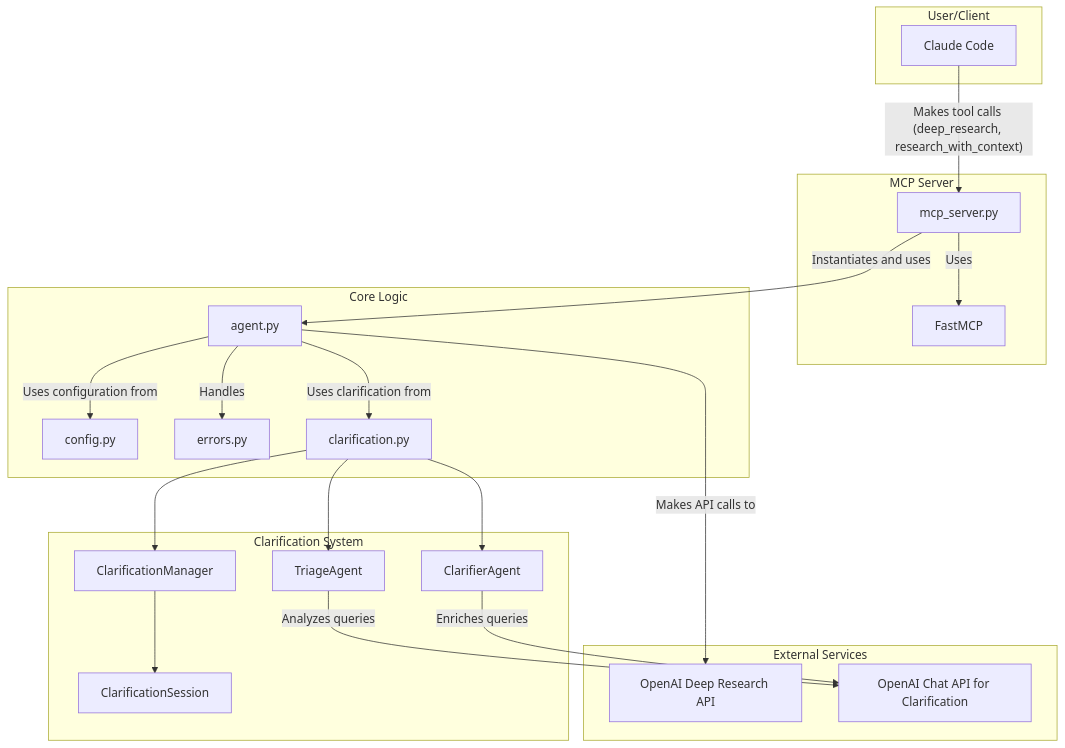
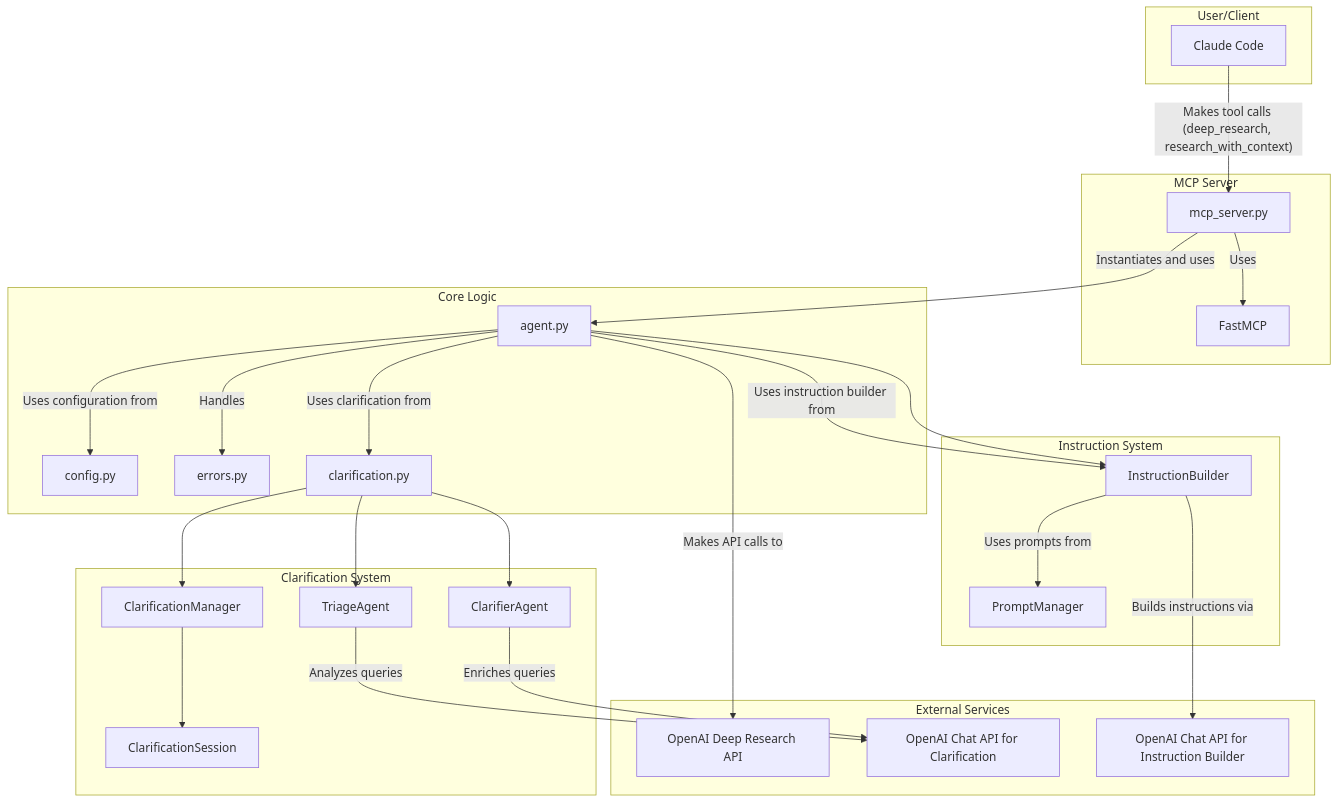
Before and after one commit to pminervini/deep-research-mcp: the diagram in ARCH.md, drawn with Mermaid. The commit also changed other lines of this file and 11 other files, not shown here.

First line of the commit message:
feat: Implement instruction builder for enhanced research queries

````diff
--- a/ARCH.md
+++ b/ARCH.md
@@ -7,45 +7,56 @@
 ```mermaid
 graph TD
     subgraph User/Client
         A[Claude Code]
     end
 
     subgraph MCP Server
         B[mcp_server.py]
         C[FastMCP]
     end
 
     subgraph Core Logic
         D[agent.py]
         E[config.py]
         F[errors.py]
         G[clarification.py]
     end
 
     subgraph Clarification System
         G1[TriageAgent]
         G2[ClarifierAgent]
         G3[ClarificationManager]
         G4[ClarificationSession]
     end
+    
+    subgraph Instruction System
+        J[InstructionBuilder]
+        K[PromptManager]
+    end
 
     subgraph External Services
         H[OpenAI Deep Research API]
         I[OpenAI Chat API for Clarification]
+        L[OpenAI Chat API for Instruction Builder]
     end
 
     A -- "Makes tool calls (deep_research, research_with_context)" --> B
     B -- "Uses" --> C
     B -- "Instantiates and uses" --> D
     D -- "Uses configuration from" --> E
     D -- "Handles" --> F
     D -- "Uses clarification from" --> G
+    D -- "Uses instruction builder from" --> J
     D -- "Makes API calls to" --> H
     
     G --> G1
     G --> G2
     G --> G3
     G3 --> G4
     G1 -- "Analyzes queries" --> I
     G2 -- "Enriches queries" --> I
+    
+    D --> J
+    J -- "Uses prompts from" --> K
+    J -- "Builds instructions via" --> L
 ```
````
